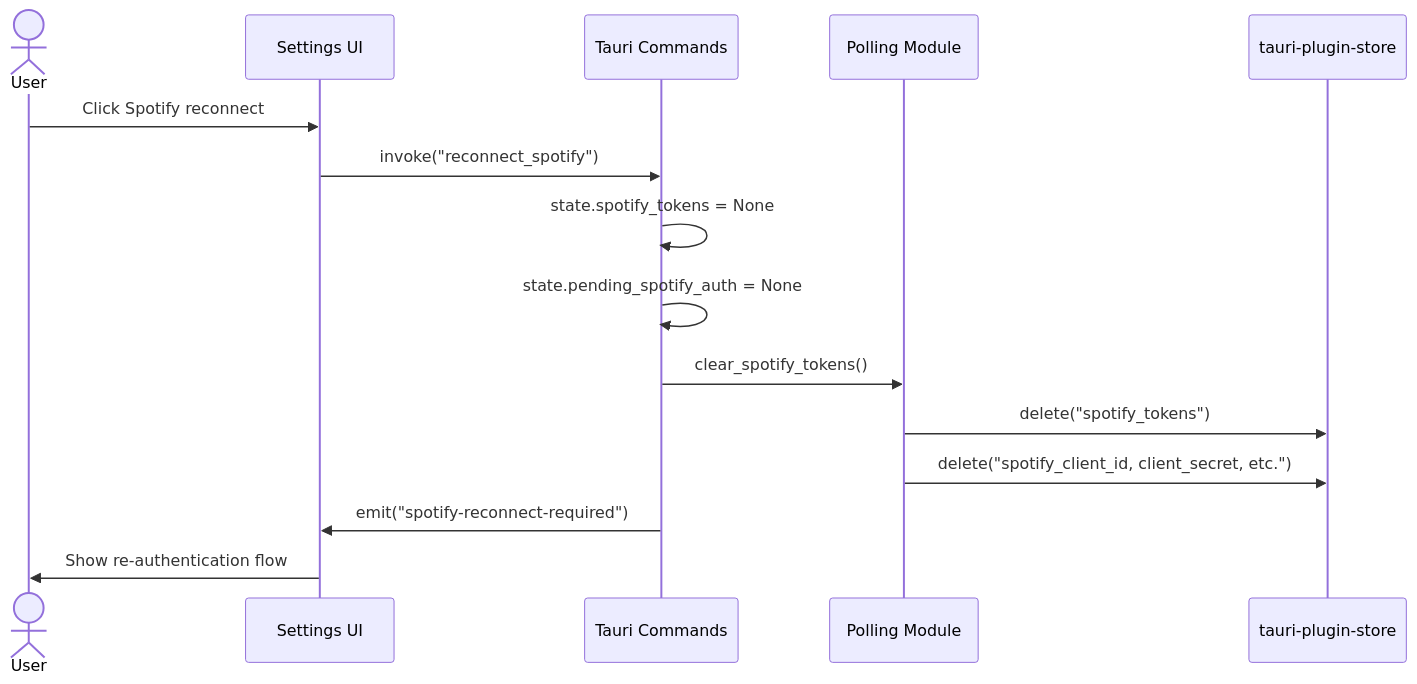
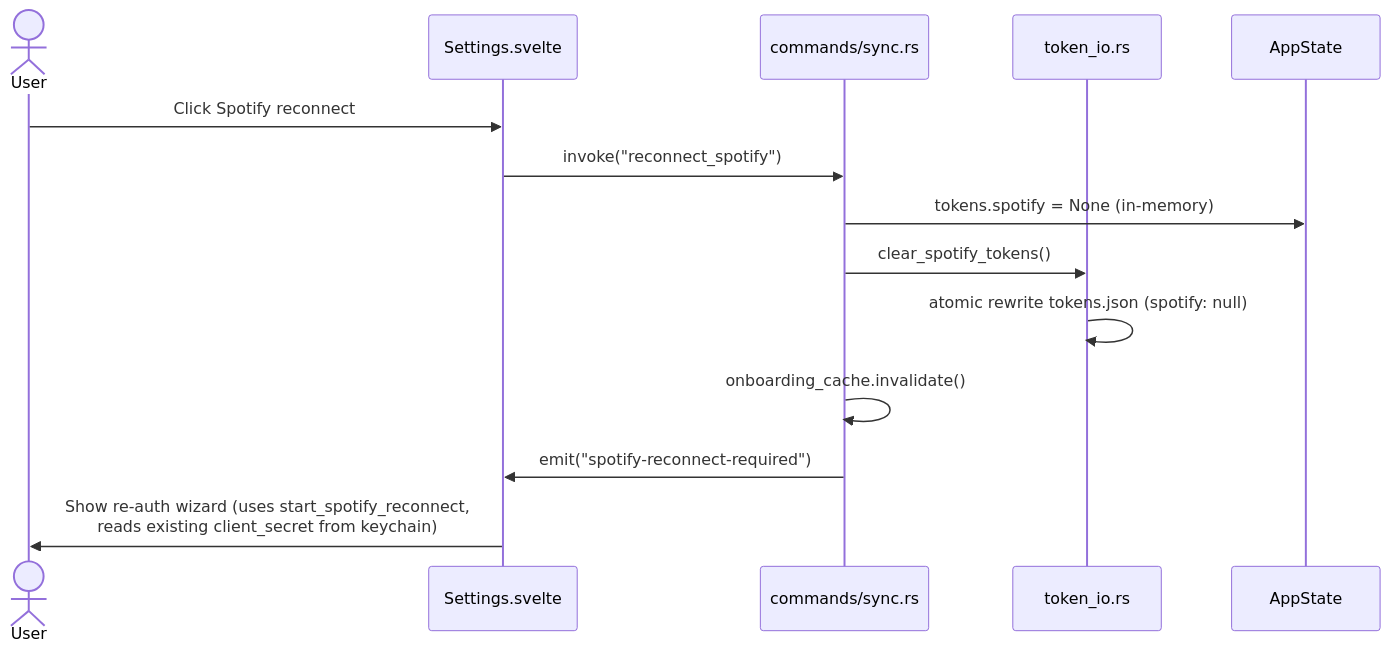
The sixth of 8 diagrams in ARCHITECTURE.md (Carme99/PresenceJam-Desktop), drawn with Mermaid before and after one commit. The commit also changed other lines of this file, not shown here.

First line of the commit message:
docs(architecture): rewrite to reflect v2.7.0–v2.8.0 codebase reality

````diff
--- a/ARCHITECTURE.md
+++ b/ARCHITECTURE.md
@@ -189,18 +213,17 @@
 ```mermaid
 sequenceDiagram
     actor User
-    participant UI as Settings UI
-    participant Commands as Tauri Commands
-    participant Polling as Polling Module
-    participant Store as tauri-plugin-store
-    
+    participant UI as Settings.svelte
+    participant Commands as commands/sync.rs
+    participant TokenIO as token_io.rs
+    participant State as AppState
+
     User->>UI: Click Spotify reconnect
     UI->>Commands: invoke("reconnect_spotify")
-    Commands->>Commands: state.spotify_tokens = None
-    Commands->>Commands: state.pending_spotify_auth = None
-    Commands->>Polling: clear_spotify_tokens()
-    Polling->>Store: delete("spotify_tokens")
-    Polling->>Store: delete("spotify_client_id, client_secret, etc.")
+    Commands->>State: tokens.spotify = None (in-memory)
+    Commands->>TokenIO: clear_spotify_tokens()
+    TokenIO->>TokenIO: atomic rewrite tokens.json (spotify: null)
+    Commands->>Commands: onboarding_cache.invalidate()
     Commands->>UI: emit("spotify-reconnect-required")
-    UI->>User: Show re-authentication flow
+    UI->>User: Show re-auth wizard (uses start_spotify_reconnect,<br/>reads existing client_secret from keychain)
 ```
````
